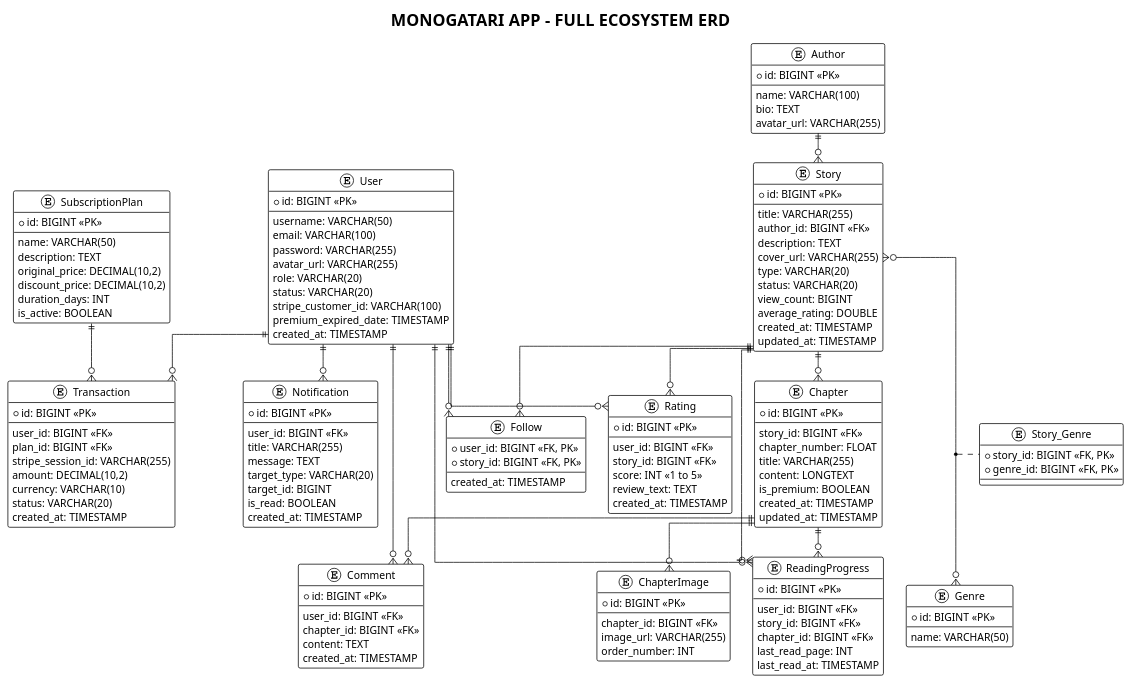
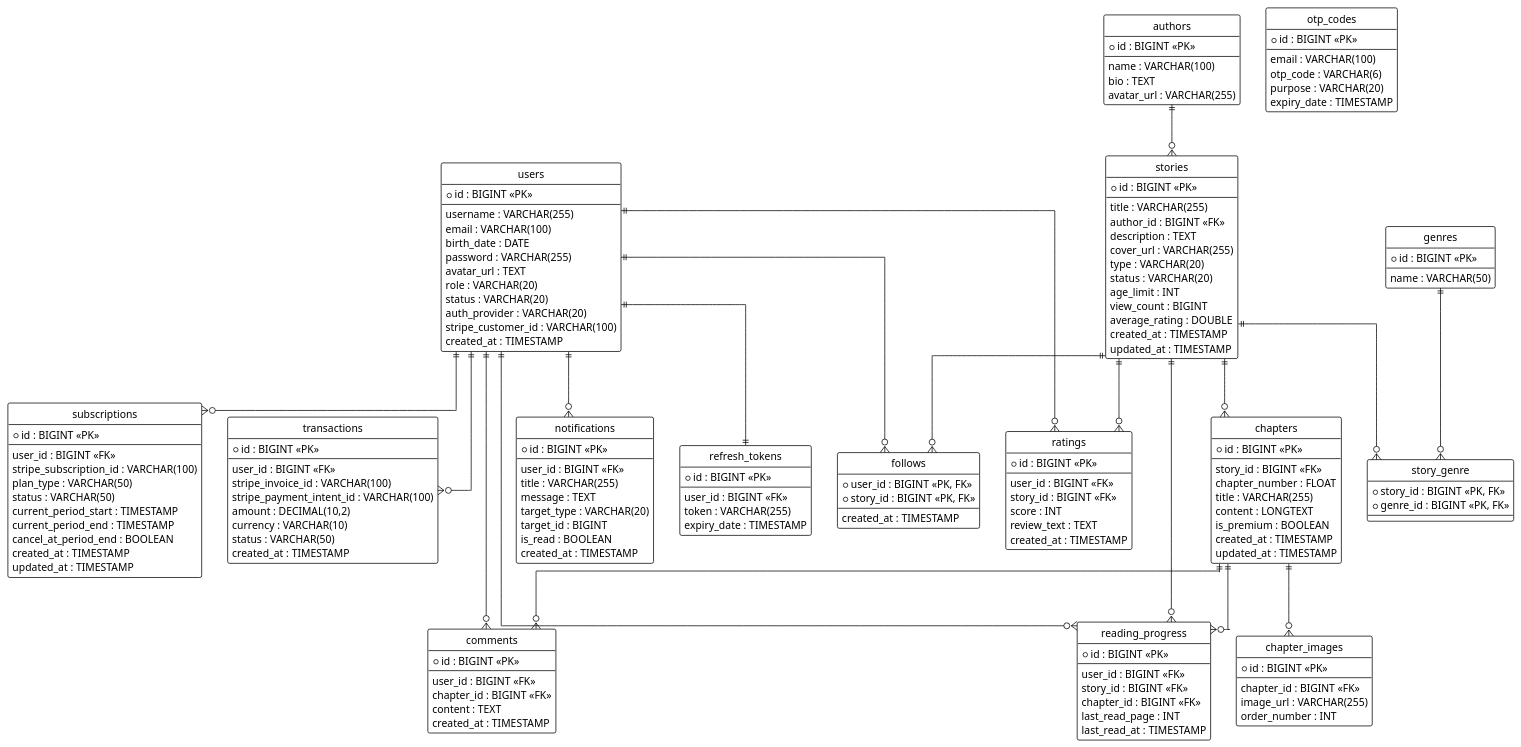
The diagram in docs/database/erd-diagram.puml (Nam000p/monogatari), drawn with PlantUML before and after one commit. The commit also changed 6 other files, not shown here.

Commit message:
feat: Update README with project details and architecture; add ERD diagram and refine system architecture documentation

```diff
--- a/docs/database/erd-diagram.puml
+++ b/docs/database/erd-diagram.puml
@@ -1,174 +1,190 @@
-@startuml monogatari-app-erd
-title MONOGATARI APP - FULL ECOSYSTEM ERD
+@startuml
 !theme plain
-skinparam Linetype ortho
-skinparam nodesep 30
-skinparam ranksep 40
-skinparam shadowing false
-skinparam class {
-    BackgroundColor White
-    BorderColor Black
-    ArrowColor Black
+hide circle
+skinparam linetype ortho
+
+entity "users" as users {
+  * id : BIGINT <<PK>>
+  --
+  username : VARCHAR(255)
+  email : VARCHAR(100)
+  birth_date : DATE
+  password : VARCHAR(255)
+  avatar_url : TEXT
+  role : VARCHAR(20)
+  status : VARCHAR(20)
+  auth_provider : VARCHAR(20)
+  stripe_customer_id : VARCHAR(100)
+  created_at : TIMESTAMP
 }
 
-entity "User" as user {
-    *id: BIGINT <<PK>>
-    --
-    username: VARCHAR(50)
-    email: VARCHAR(100)
-    password: VARCHAR(255)
-    avatar_url: VARCHAR(255)
-    role: VARCHAR(20)
-    status: VARCHAR(20)
-    stripe_customer_id: VARCHAR(100)
-    premium_expired_date: TIMESTAMP
-    created_at: TIMESTAMP
+entity "authors" as authors {
+  * id : BIGINT <<PK>>
+  --
+  name : VARCHAR(100)
+  bio : TEXT
+  avatar_url : VARCHAR(255)
 }
 
-entity "SubscriptionPlan" as plan {
-    *id: BIGINT <<PK>>
-    --
-    name: VARCHAR(50)
-    description: TEXT
-    original_price: DECIMAL(10,2)
-    discount_price: DECIMAL(10,2)
-    duration_days: INT
-    is_active: BOOLEAN
+entity "genres" as genres {
+  * id : BIGINT <<PK>>
+  --
+  name : VARCHAR(50)
 }
 
-entity "Transaction" as transaction {
-    *id: BIGINT <<PK>>
-    --
-    user_id: BIGINT <<FK>>
-    plan_id: BIGINT <<FK>>
-    stripe_session_id: VARCHAR(255)
-    amount: DECIMAL(10,2)
-    currency: VARCHAR(10)
-    status: VARCHAR(20)
-    created_at: TIMESTAMP
+entity "otp_codes" as otp_codes {
+  * id : BIGINT <<PK>>
+  --
+  email : VARCHAR(100)
+  otp_code : VARCHAR(6)
+  purpose : VARCHAR(20)
+  expiry_date : TIMESTAMP
 }
 
-entity "Author" as author {
-    *id: BIGINT <<PK>>
-    --
-    name: VARCHAR(100)
-    bio: TEXT
-    avatar_url: VARCHAR(255)
+entity "refresh_tokens" as refresh_tokens {
+  * id : BIGINT <<PK>>
+  --
+  user_id : BIGINT <<FK>>
+  token : VARCHAR(255)
+  expiry_date : TIMESTAMP
 }
 
-entity "Story" as story {
-    *id: BIGINT <<PK>>
-    --
-    title: VARCHAR(255)
-    author_id: BIGINT <<FK>>
-    description: TEXT
-    cover_url: VARCHAR(255)
-    type: VARCHAR(20)
-    status: VARCHAR(20)
-    view_count: BIGINT
-    average_rating: DOUBLE
-    created_at: TIMESTAMP
-    updated_at: TIMESTAMP
+entity "subscriptions" as subscriptions {
+  * id : BIGINT <<PK>>
+  --
+  user_id : BIGINT <<FK>>
+  stripe_subscription_id : VARCHAR(100)
+  plan_type : VARCHAR(50)
+  status : VARCHAR(50)
+  current_period_start : TIMESTAMP
+  current_period_end : TIMESTAMP
+  cancel_at_period_end : BOOLEAN
+  created_at : TIMESTAMP
+  updated_at : TIMESTAMP
 }
 
-entity "Genre" as genre {
-    *id: BIGINT <<PK>>
-    --
-    name: VARCHAR(50)
+entity "transactions" as transactions {
+  * id : BIGINT <<PK>>
+  --
+  user_id : BIGINT <<FK>>
+  stripe_invoice_id : VARCHAR(100)
+  stripe_payment_intent_id : VARCHAR(100)
+  amount : DECIMAL(10,2)
+  currency : VARCHAR(10)
+  status : VARCHAR(50)
+  created_at : TIMESTAMP
 }
 
-entity "Story_Genre" as story_genre {
-    *story_id: BIGINT <<FK, PK>>
-    *genre_id: BIGINT <<FK, PK>>
+entity "stories" as stories {
+  * id : BIGINT <<PK>>
+  --
+  title : VARCHAR(255)
+  author_id : BIGINT <<FK>>
+  description : TEXT
+  cover_url : VARCHAR(255)
+  type : VARCHAR(20)
+  status : VARCHAR(20)
+  age_limit : INT
+  view_count : BIGINT
+  average_rating : DOUBLE
+  created_at : TIMESTAMP
+  updated_at : TIMESTAMP
 }
 
-entity "Chapter" as chapter {
-    *id: BIGINT <<PK>>
-    --
-    story_id: BIGINT <<FK>>
-    chapter_number: FLOAT
-    title: VARCHAR(255)
-    content: LONGTEXT
-    is_premium: BOOLEAN
-    created_at: TIMESTAMP
-    updated_at: TIMESTAMP
+entity "story_genre" as story_genre {
+  * story_id : BIGINT <<PK, FK>>
+  * genre_id : BIGINT <<PK, FK>>
+  --
 }
 
-entity "ChapterImage" as chapter_image {
-    *id: BIGINT <<PK>>
-    --
-    chapter_id: BIGINT <<FK>>
-    image_url: VARCHAR(255)
-    order_number: INT
+entity "chapters" as chapters {
+  * id : BIGINT <<PK>>
+  --
+  story_id : BIGINT <<FK>>
+  chapter_number : FLOAT
+  title : VARCHAR(255)
+  content : LONGTEXT
+  is_premium : BOOLEAN
+  created_at : TIMESTAMP
+  updated_at : TIMESTAMP
 }
 
-entity "Follow" as follow {
-    *user_id: BIGINT <<FK, PK>>
-    *story_id: BIGINT <<FK, PK>>
-    --
-    created_at: TIMESTAMP
+entity "chapter_images" as chapter_images {
+  * id : BIGINT <<PK>>
+  --
+  chapter_id : BIGINT <<FK>>
+  image_url : VARCHAR(255)
+  order_number : INT
 }
 
-entity "Rating" as rating {
-    *id: BIGINT <<PK>>
-    --
-    user_id: BIGINT <<FK>>
-    story_id: BIGINT <<FK>>
-    score: INT <<1 to 5>>
-    review_text: TEXT
-    created_at: TIMESTAMP
+entity "follows" as follows {
+  * user_id : BIGINT <<PK, FK>>
+  * story_id : BIGINT <<PK, FK>>
+  --
+  created_at : TIMESTAMP
 }
 
-entity "Comment" as comment {
-    *id: BIGINT <<PK>>
-    --
-    user_id: BIGINT <<FK>>
-    chapter_id: BIGINT <<FK>>
-    content: TEXT
-    created_at: TIMESTAMP
+entity "ratings" as ratings {
+  * id : BIGINT <<PK>>
+  --
+  user_id : BIGINT <<FK>>
+  story_id : BIGINT <<FK>>
+  score : INT
+  review_text : TEXT
+  created_at : TIMESTAMP
 }
 
-entity "Notification" as notification {
-    *id: BIGINT <<PK>>
-    --
-    user_id: BIGINT <<FK>>
-    title: VARCHAR(255)
-    message: TEXT
-    target_type: VARCHAR(20)
-    target_id: BIGINT
-    is_read: BOOLEAN
-    created_at: TIMESTAMP
+entity "comments" as comments {
+  * id : BIGINT <<PK>>
+  --
+  user_id : BIGINT <<FK>>
+  chapter_id : BIGINT <<FK>>
+  content : TEXT
+  created_at : TIMESTAMP
 }
 
-entity "ReadingProgress" as progress {
-    *id: BIGINT <<PK>>
-    --
-    user_id: BIGINT <<FK>>
-    story_id: BIGINT <<FK>>
-    chapter_id: BIGINT <<FK>>
-    last_read_page: INT
-    last_read_at: TIMESTAMP
+entity "notifications" as notifications {
+  * id : BIGINT <<PK>>
+  --
+  user_id : BIGINT <<FK>>
+  title : VARCHAR(255)
+  message : TEXT
+  target_type : VARCHAR(20)
+  target_id : BIGINT
+  is_read : BOOLEAN
+  created_at : TIMESTAMP
 }
 
-' Relationships
-user ||--o{ transaction
-plan ||--o{ transaction
-user ||--o{ follow
-user ||--o{ notification
-user ||--o{ rating
-user ||--o{ comment
-user ||--o{ progress
+entity "reading_progress" as reading_progress {
+  * id : BIGINT <<PK>>
+  --
+  user_id : BIGINT <<FK>>
+  story_id : BIGINT <<FK>>
+  chapter_id : BIGINT <<FK>>
+  last_read_page : INT
+  last_read_at : TIMESTAMP
+}
 
-author ||--o{ story
-story ||--o{ chapter
-story ||--o{ follow
-story ||--o{ rating
-story ||--o{ progress
-story }o--o{ genre
-(story, genre) .. story_genre
+users ||--|| refresh_tokens
+users ||--o{ subscriptions
+users ||--o{ transactions
+users ||--o{ follows
+users ||--o{ ratings
+users ||--o{ comments
+users ||--o{ notifications
+users ||--o{ reading_progress
 
-chapter ||--o{ chapter_image
-chapter ||--o{ comment
-chapter ||--o{ progress
+authors ||--o{ stories
 
-@endum
+stories ||--o{ story_genre
+genres ||--o{ story_genre
+
+stories ||--o{ follows
+stories ||--o{ ratings
+stories ||--o{ chapters
+stories ||--o{ reading_progress
+
+chapters ||--o{ chapter_images
+chapters ||--o{ comments
+chapters ||--o{ reading_progress
+@enduml
```
